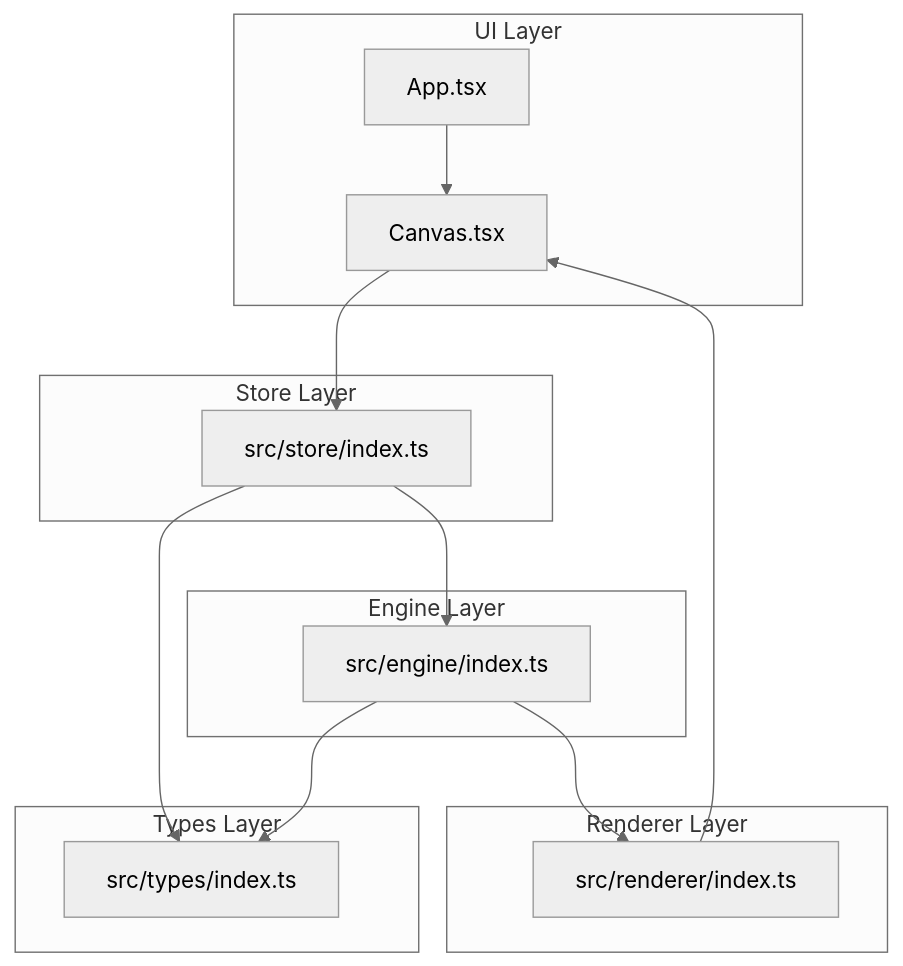
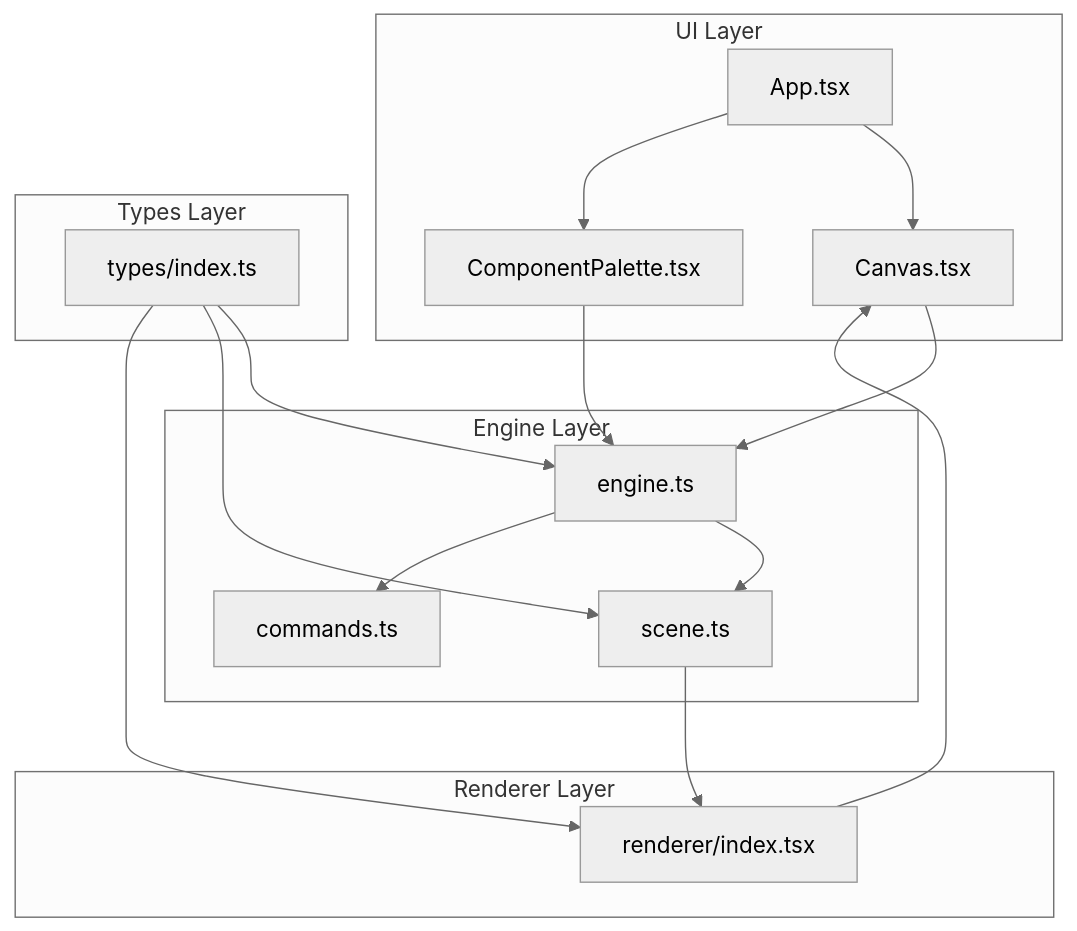
One commit to Anna0314zy/ai_editor_enginer changed the first of 7 diagrams in .qoder/repowiki/en/content/State Management.md. Above: the diagram before and after it, drawn with Mermaid (neutral theme). The commit also changed other lines of this file and 41 other files, not shown here.

````diff
--- a/.qoder/repowiki/en/content/State Management.md
+++ b/.qoder/repowiki/en/content/State Management.md
@@ -39,26 +49,30 @@
 ```mermaid
 graph TB
 subgraph "UI Layer"
 APP["App.tsx"]
 CANVAS["Canvas.tsx"]
-end
-subgraph "Store Layer"
-STORE["src/store/index.ts"]
+PALETTE["ComponentPalette.tsx"]
 end
 subgraph "Engine Layer"
-ENGINE["src/engine/index.ts"]
+ENGINE["engine.ts"]
+SCENE["scene.ts"]
+COMMANDS["commands.ts"]
 end
 subgraph "Renderer Layer"
-RENDERER["src/renderer/index.ts"]
+RENDERER["renderer/index.tsx"]
 end
 subgraph "Types Layer"
-TYPES["src/types/index.ts"]
+TYPES["types/index.ts"]
 end
 APP --> CANVAS
-CANVAS --> STORE
-STORE --> ENGINE
-ENGINE --> RENDERER
+APP --> PALETTE
+CANVAS --> ENGINE
+PALETTE --> ENGINE
+ENGINE --> SCENE
+ENGINE --> COMMANDS
+SCENE --> RENDERER
 RENDERER --> CANVAS
-STORE --> TYPES
-ENGINE --> TYPES
+TYPES --> ENGINE
+TYPES --> SCENE
+TYPES --> RENDERER
 ```
````
